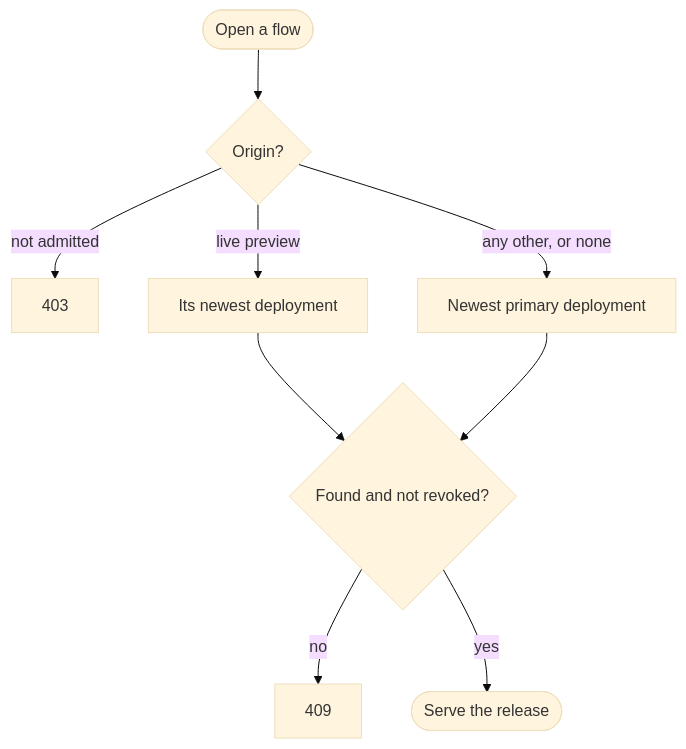
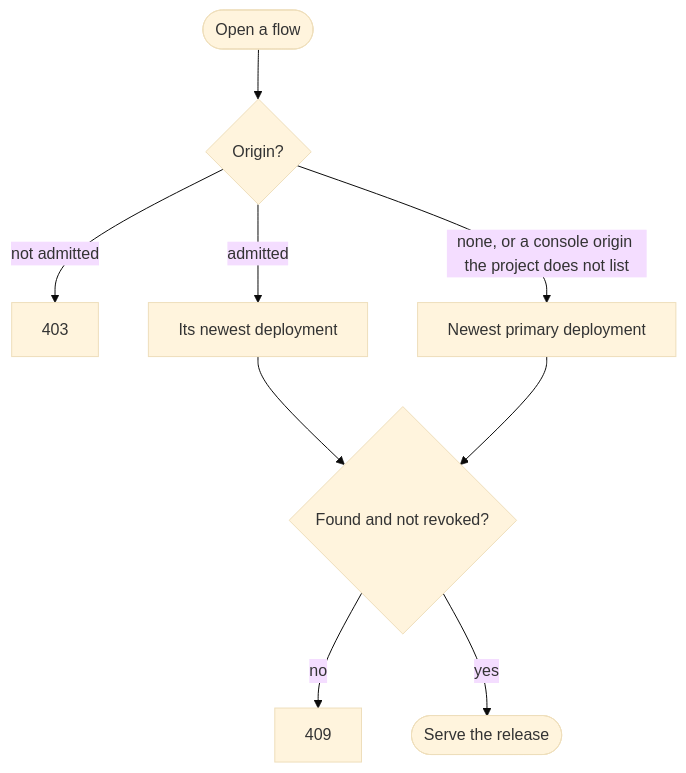
One commit to zitadel/nextgen changed the diagram in docs/adrs/085-which-release-serves-a-request.md. Above: the diagram before and after it, drawn with Mermaid (base theme). The commit also changed other lines of this file and 4 other files, not shown here.

````diff
--- a/docs/adrs/085-which-release-serves-a-request.md
+++ b/docs/adrs/085-which-release-serves-a-request.md
@@ -43,11 +43,11 @@
 ```mermaid
 flowchart TD
     open([Open a flow]) --> check{Origin?}
     check -- not admitted --> forbidden[403]
-    check -- live preview --> preview[Its newest deployment]
-    check -- any other, or none --> primary[Newest primary deployment]
-    preview --> usable{Found and not revoked?}
+    check -- admitted --> own[Its newest deployment]
+    check -- none, or a console origin the project does not list --> primary[Newest primary deployment]
+    own --> usable{Found and not revoked?}
     primary --> usable
     usable -- no --> conflict[409]
     usable -- yes --> serve([Serve the release])
 ```
````
